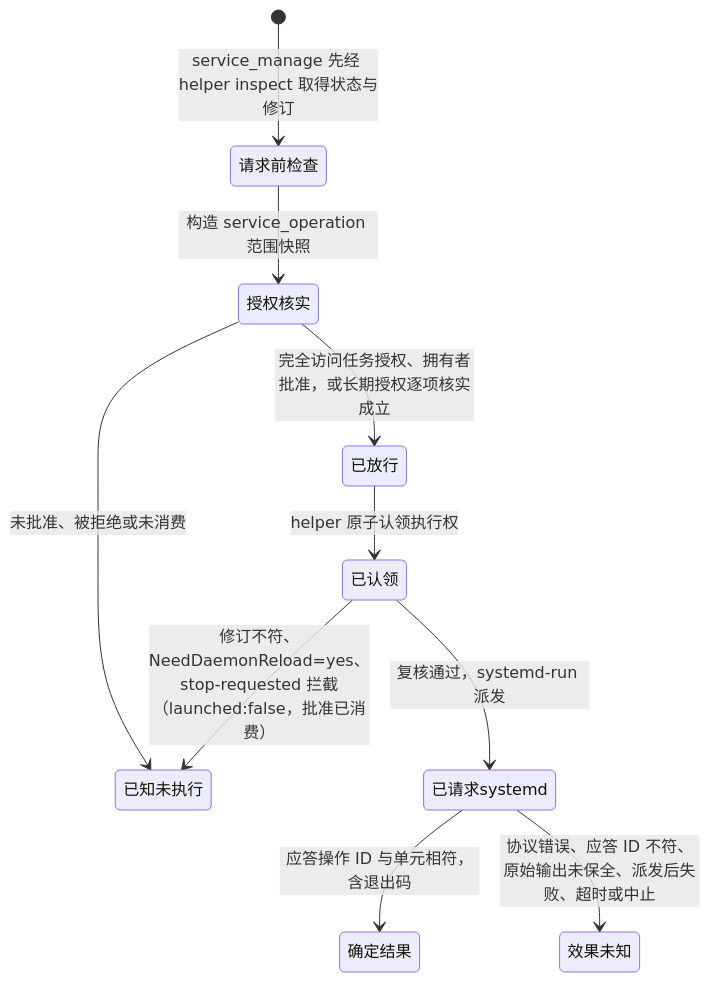
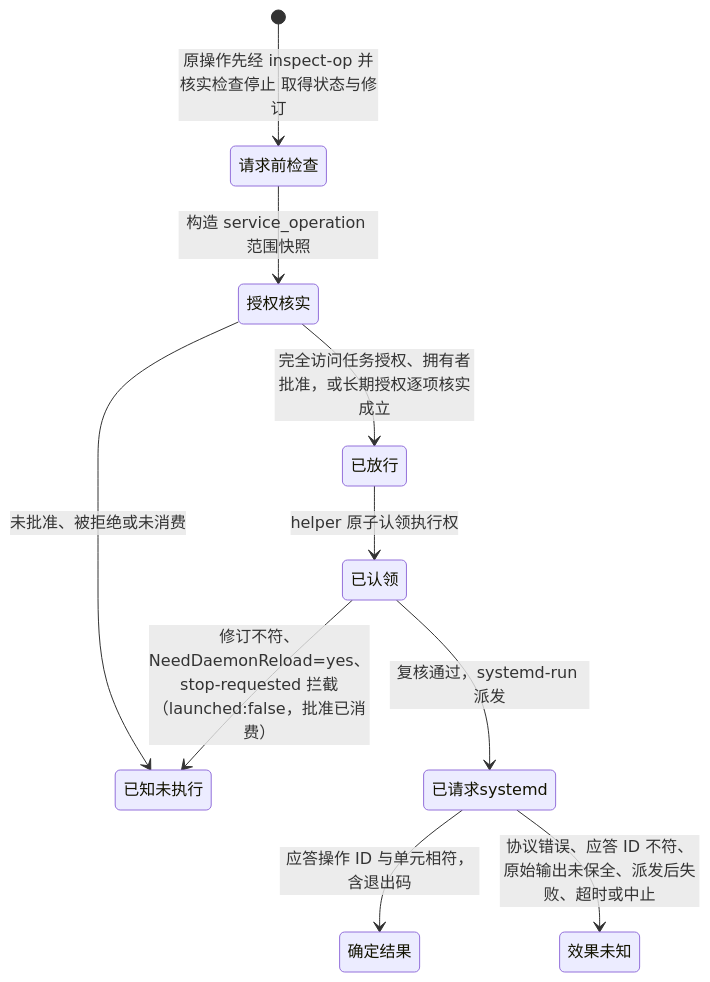
Before and after one commit to num-lab/Ruukoto: the second of 3 diagrams in docs/modules/deploy.md, drawn with Mermaid. The commit also changed other lines of this file and 366 other files, not shown here.

````diff
--- a/docs/modules/deploy.md
+++ b/docs/modules/deploy.md
@@ -101,12 +101,12 @@
 ```mermaid
 stateDiagram-v2
-  [*] --> 请求前检查: service_manage 先经 helper inspect 取得状态与修订
+  [*] --> 请求前检查: 原操作先经 inspect-op 并核实检查停止 取得状态与修订
   请求前检查 --> 授权核实: 构造 service_operation 范围快照
   授权核实 --> 已放行: 完全访问任务授权、拥有者批准，或长期授权逐项核实成立
   授权核实 --> 已知未执行: 未批准、被拒绝或未消费
   已放行 --> 已认领: helper 原子认领执行权
   已认领 --> 已知未执行: 修订不符、NeedDaemonReload=yes、stop-requested 拦截（launched:false，批准已消费）
   已认领 --> 已请求systemd: 复核通过，systemd-run 派发
   已请求systemd --> 确定结果: 应答操作 ID 与单元相符，含退出码
   已请求systemd --> 效果未知: 协议错误、应答 ID 不符、原始输出未保全、派发后失败、超时或中止
 ```
````
